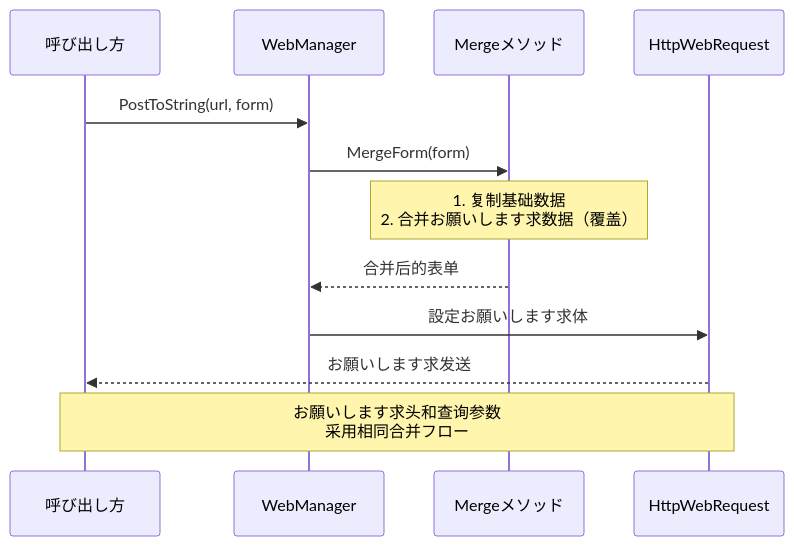
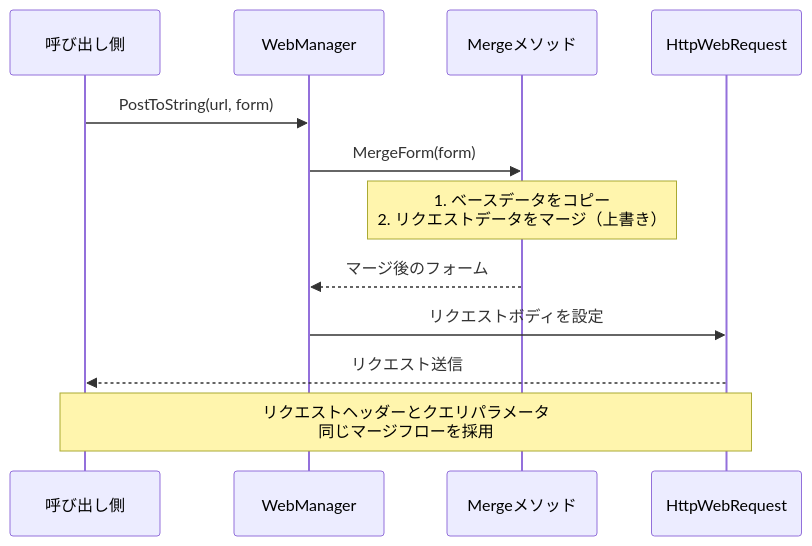
One commit to AlianBlank/GameFrameX.Docs changed the second of 3 diagrams in docs/ja/client/unity/component/web/07.base-data.md. Above: the diagram before and after it, drawn with Mermaid. The commit also changed other lines of this file and 320 other files, not shown here.

````diff
--- a/docs/ja/client/unity/component/web/07.base-data.md
+++ b/docs/ja/client/unity/component/web/07.base-data.md
@@ -150,18 +150,18 @@
 ```mermaid
 sequenceDiagram
-    participant Client as 呼び出し方
+    participant Client as 呼び出し側
     participant WM as WebManager
     participant Merge as Mergeメソッド
     participant Req as HttpWebRequest
 
     Client->>WM: PostToString(url, form)
     WM->>Merge: MergeForm(form)
     
-    Note over Merge: 1. 复制基础数据<br/>2. 合并お願いします求数据（覆盖）
-    Merge-->>WM: 合并后的表单
+    Note over Merge: 1. ベースデータをコピー<br/>2. リクエストデータをマージ（上書き）
+    Merge-->>WM: マージ後のフォーム
     
-    WM->>Req: 設定お願いします求体
-    Req-->>Client: お願いします求发送
+    WM->>Req: リクエストボディを設定
+    Req-->>Client: リクエスト送信
     
-    Note over Client,Req: お願いします求头和查询参数<br/>采用相同合并フロー
+    Note over Client,Req: リクエストヘッダーとクエリパラメータ<br/>同じマージフローを採用
 ```
````
